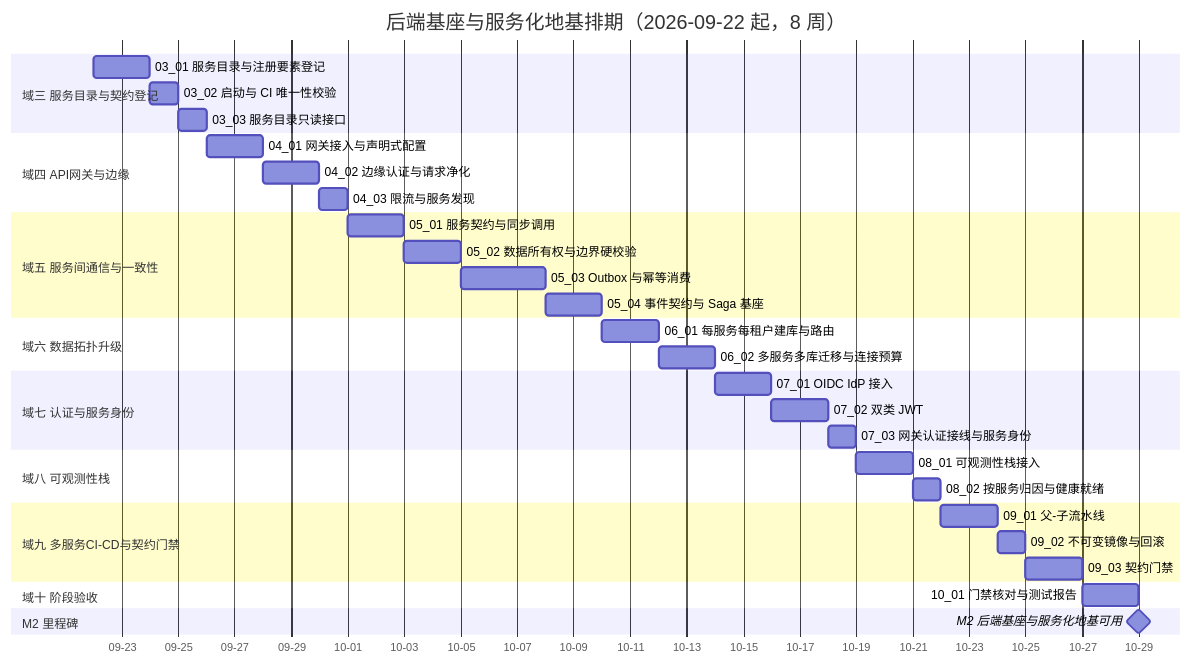
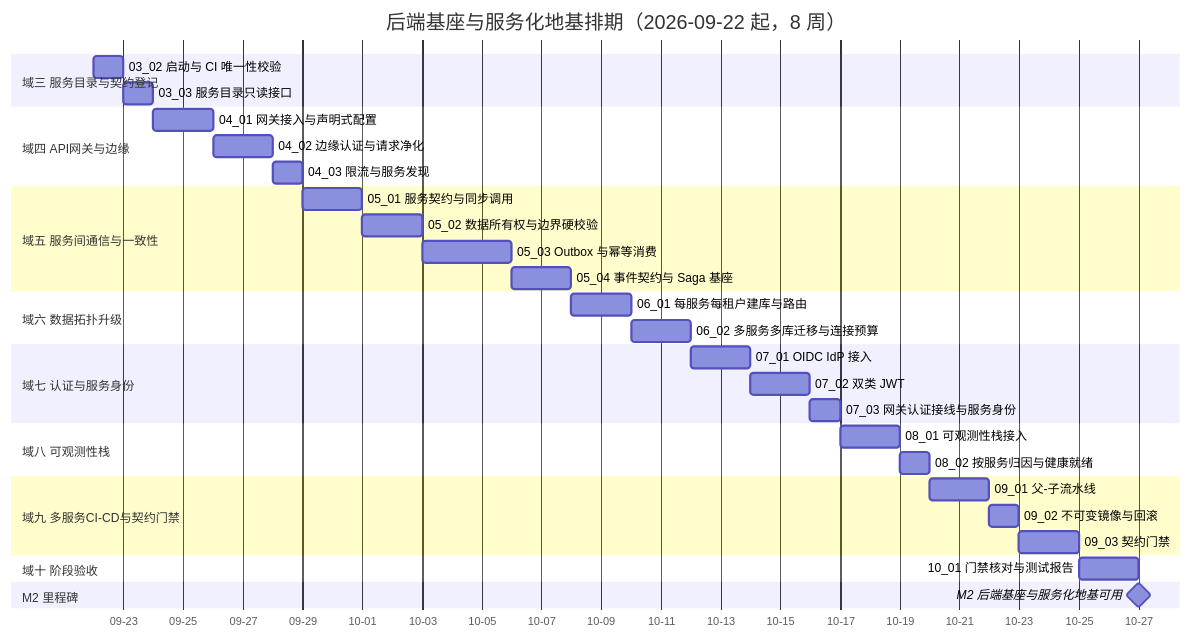
Before and after one commit to minjian123/basic-management-system: the diagram in bms文档/项目/02_后端基座与服务化地基/计划/01_计划_后端基座与服务化地基.md, drawn with Mermaid. The commit also changed other lines of this file and 8 other files, not shown here.

````diff
--- a/bms文档/项目/02_后端基座与服务化地基/计划/01_计划_后端基座与服务化地基.md
+++ b/bms文档/项目/02_后端基座与服务化地基/计划/01_计划_后端基座与服务化地基.md
@@ -57,37 +57,36 @@
 ```mermaid
 gantt
     title 后端基座与服务化地基排期（2026-09-22 起，8 周）
     dateFormat  YYYY-MM-DD
     axisFormat %m-%d
     section 域三 服务目录与契约登记
-    03_01 服务目录与注册要素登记 :a0301, 2026-09-22, 2d
-    03_02 启动与 CI 唯一性校验 :a0302, after a0301, 1d
+    03_02 启动与 CI 唯一性校验 :a0302, 2026-09-22, 1d
     03_03 服务目录只读接口 :a0303, after a0302, 1d
     section 域四 API网关与边缘
     04_01 网关接入与声明式配置 :a0401, after a0303, 2d
     04_02 边缘认证与请求净化 :a0402, after a0401, 2d
     04_03 限流与服务发现 :a0403, after a0402, 1d
     section 域五 服务间通信与一致性
     05_01 服务契约与同步调用 :a0501, after a0403, 2d
     05_02 数据所有权与边界硬校验 :a0502, after a0501, 2d
     05_03 Outbox 与幂等消费 :a0503, after a0502, 3d
     05_04 事件契约与 Saga 基座 :a0504, after a0503, 2d
     section 域六 数据拓扑升级
     06_01 每服务每租户建库与路由 :a0601, after a0504, 2d
     06_02 多服务多库迁移与连接预算 :a0602, after a0601, 2d
     section 域七 认证与服务身份
     07_01 OIDC IdP 接入 :a0701, after a0602, 2d
     07_02 双类 JWT :a0702, after a0701, 2d
     07_03 网关认证接线与服务身份 :a0703, after a0702, 1d
     section 域八 可观测性栈
     08_01 可观测性栈接入 :a0801, after a0703, 2d
     08_02 按服务归因与健康就绪 :a0802, after a0801, 1d
     section 域九 多服务CI-CD与契约门禁
     09_01 父-子流水线 :a0901, after a0802, 2d
     09_02 不可变镜像与回滚 :a0902, after a0901, 1d
     09_03 契约门禁 :a0903, after a0902, 2d
     section 域十 阶段验收
     10_01 门禁核对与测试报告 :a1001, after a0903, 2d
     section M2 里程碑
     M2 后端基座与服务化地基可用 :milestone, mm2, after a1001, 0d
 ```
````
